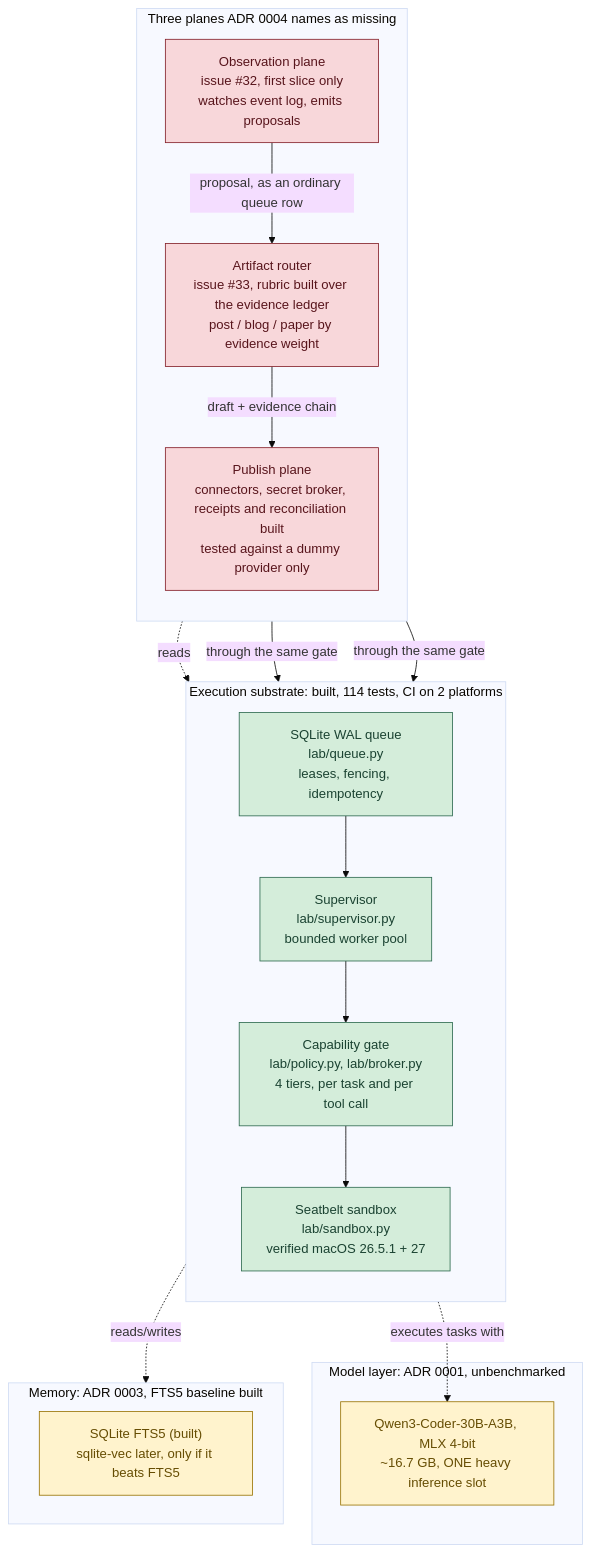
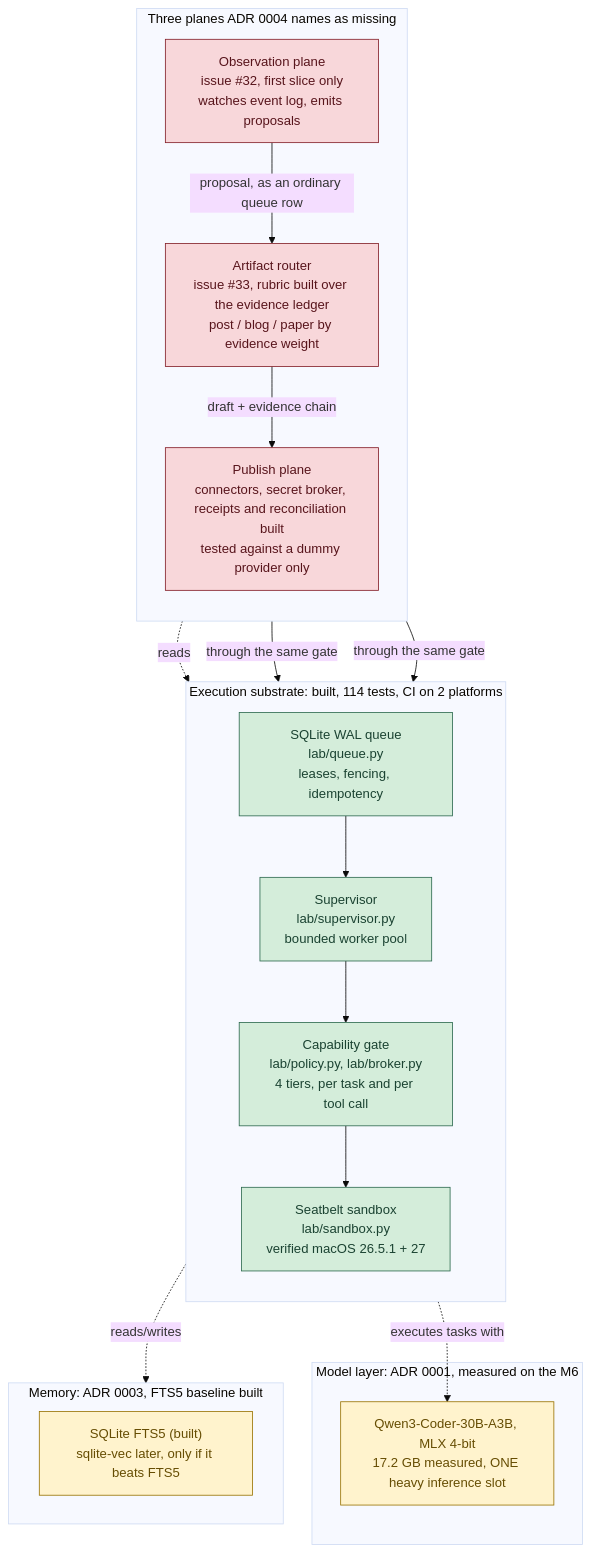
Before and after one commit to roshanaryal1/home-lab: the diagram in docs/ARCHITECTURE.md, drawn with Mermaid (base theme). The commit also changed other lines of this file and 7 other files, not shown here.

First line of the commit message:
feat: measured heavy-model budget from the M6 (items 5.1, 5.2)

````diff
--- a/docs/ARCHITECTURE.md
+++ b/docs/ARCHITECTURE.md
@@ -16,41 +16,41 @@
 ```mermaid
 flowchart TB
     subgraph substrate["Execution substrate: built, 114 tests, CI on 2 platforms"]
         direction TB
         queue["SQLite WAL queue<br/>lab/queue.py<br/>leases, fencing, idempotency"]
         supervisor["Supervisor<br/>lab/supervisor.py<br/>bounded worker pool"]
         gate["Capability gate<br/>lab/policy.py, lab/broker.py<br/>4 tiers, per task and per tool call"]
         sandbox["Seatbelt sandbox<br/>lab/sandbox.py<br/>verified macOS 26.5.1 + 27"]
         queue --> supervisor --> gate --> sandbox
     end
 
-    subgraph model["Model layer: ADR 0001, unbenchmarked"]
-        heavy["Qwen3-Coder-30B-A3B, MLX 4-bit<br/>~16.7 GB, ONE heavy inference slot"]
+    subgraph model["Model layer: ADR 0001, measured on the M6"]
+        heavy["Qwen3-Coder-30B-A3B, MLX 4-bit<br/>17.2 GB measured, ONE heavy inference slot"]
     end
 
     subgraph memory["Memory: ADR 0003, FTS5 baseline built"]
         mem["SQLite FTS5 (built)<br/>sqlite-vec later, only if it beats FTS5"]
     end
 
     subgraph planes["Three planes ADR 0004 names as missing"]
         direction TB
         obs["Observation plane<br/>issue #32, first slice only<br/>watches event log, emits proposals"]
         router["Artifact router<br/>issue #33, rubric built over the evidence ledger<br/>post / blog / paper by evidence weight"]
         publish["Publish plane<br/>connectors, secret broker, receipts and reconciliation built<br/>tested against a dummy provider only"]
         obs -->|"proposal, as an ordinary queue row"| router
         router -->|"draft + evidence chain"| publish
     end
 
     supervisor -.->|"executes tasks with"| heavy
     supervisor -.->|"reads/writes"| memory
     obs -.->|"reads"| queue
     router -->|"through the same gate"| gate
     publish -->|"through the same gate"| gate
 
     classDef built fill:#d4edda,stroke:#2d6a4f,color:#1b4332
     classDef missing fill:#f8d7da,stroke:#842029,color:#58151c
     classDef designonly fill:#fff3cd,stroke:#997404,color:#664d03
     class queue,supervisor,gate,sandbox built
     class obs,router,publish missing
     class heavy,mem designonly
 ```
````
